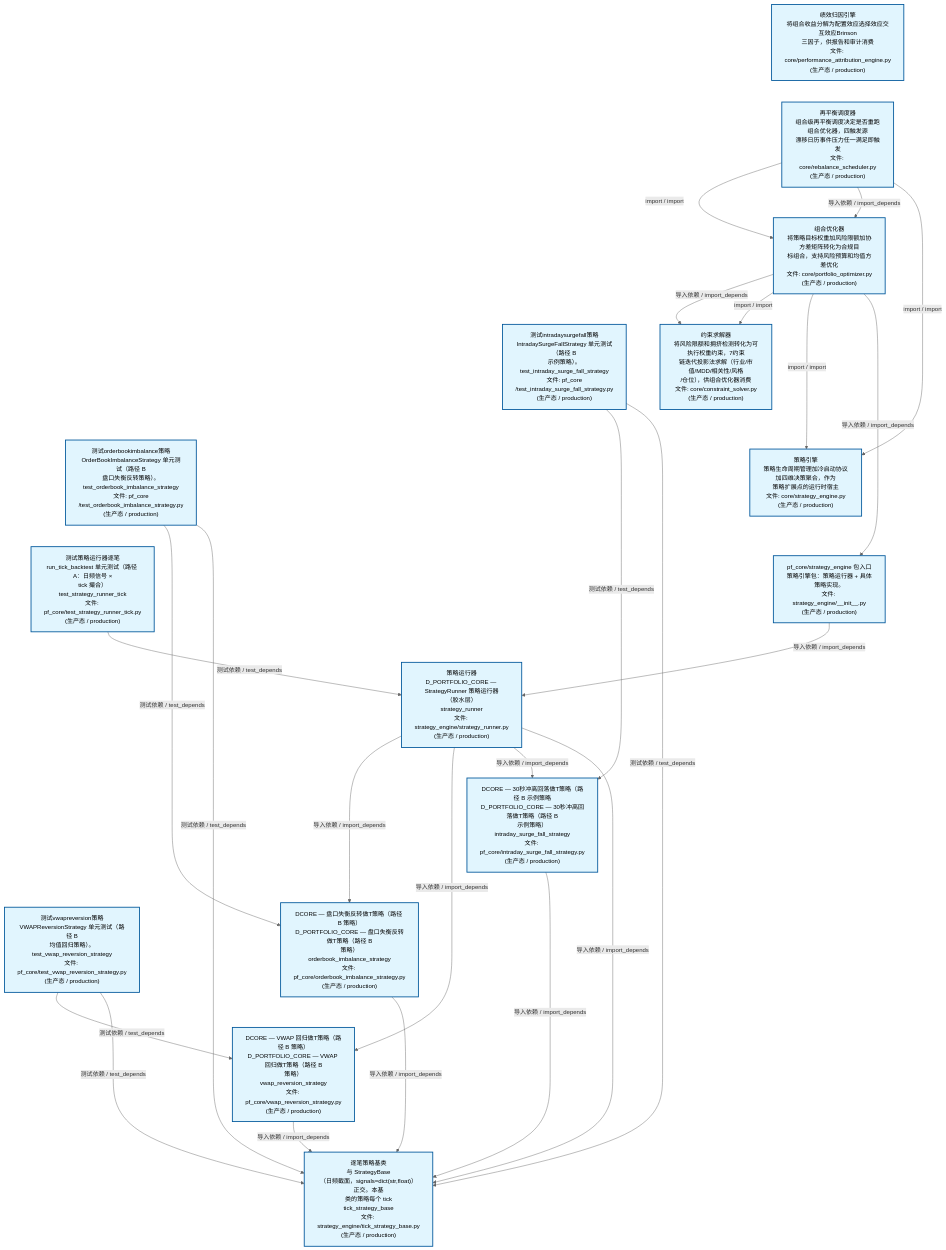
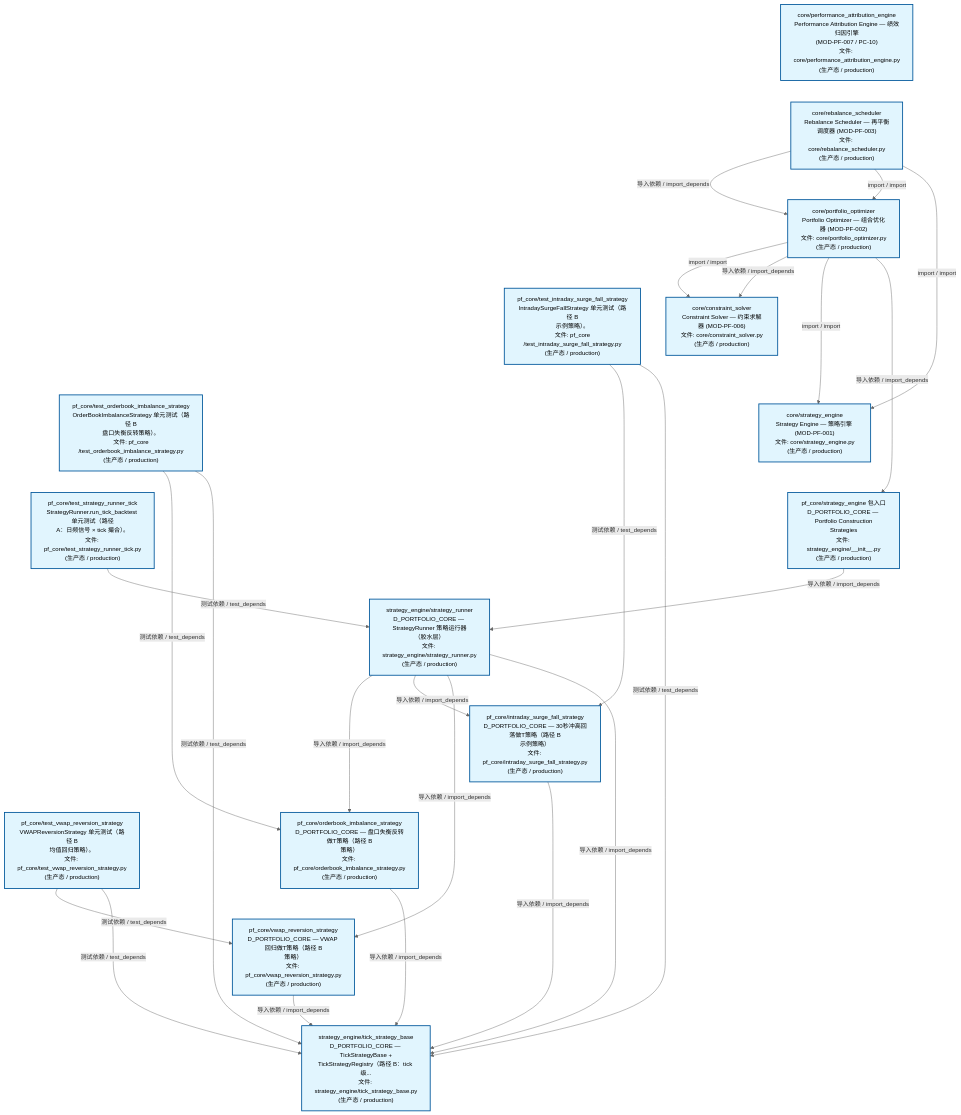
The second of 4 diagrams in docs/02_enterprise_architecture/02_domain_architecture_docs/63_d_pf_core.md (xuanFelixVan/ZephyrAlpha), drawn with Mermaid before and after one commit. The commit also changed other lines of this file and 50 other files, not shown here.

````diff
--- a/docs/02_enterprise_architecture/02_domain_architecture_docs/63_d_pf_core.md
+++ b/docs/02_enterprise_architecture/02_domain_architecture_docs/63_d_pf_core.md
@@ -139,55 +139,55 @@
 ```mermaid
 %%{init: {'theme': 'base', 'themeVariables': {'primaryColor': '#eaeaea', 'primaryTextColor': '#333333', 'primaryBorderColor': '#666666', 'lineColor': '#666666', 'secondaryColor': '#eaeaea', 'tertiaryColor': '#eaeaea', 'fontSize': '14px'}}}%%
 flowchart TD
-    src_zephyr_pf_core_core_performance_attribution_engine_py["绩效归因引擎<br/>将组合收益分解为配置效应选择效应交互效应Brinson<br/>三因子，供报告和审计消费<br/>文件: core/performance_attribution_engine.py<br/>(生产态 / production)"]
-    src_zephyr_pf_core_core_rebalance_scheduler_py["再平衡调度器<br/>组合级再平衡调度决定是否重跑组合优化器，四触发源<br/>漂移日历事件压力任一满足即触发<br/>文件: core/rebalance_scheduler.py<br/>(生产态 / production)"]
-    tests_pf_core_test_intraday_surge_fall_strategy_py["测试intradaysurgefall策略<br/>IntradaySurgeFallStrategy 单元测试（路径 B<br/>示例策略）。<br/>test_intraday_surge_fall_strategy<br/>文件: pf_core<br/>/test_intraday_surge_fall_strategy.py<br/>(生产态 / production)"]
-    tests_pf_core_test_orderbook_imbalance_strategy_py["测试orderbookimbalance策略<br/>OrderBookImbalanceStrategy 单元测试（路径 B<br/>盘口失衡反转策略）。<br/>test_orderbook_imbalance_strategy<br/>文件: pf_core<br/>/test_orderbook_imbalance_strategy.py<br/>(生产态 / production)"]
-    tests_pf_core_test_strategy_runner_tick_py["测试策略运行器逐笔<br/>run_tick_backtest 单元测试（路径 A：日频信号 ×<br/>tick 撮合）<br/>test_strategy_runner_tick<br/>文件: pf_core/test_strategy_runner_tick.py<br/>(生产态 / production)"]
-    tests_pf_core_test_vwap_reversion_strategy_py["测试vwapreversion策略<br/>VWAPReversionStrategy 单元测试（路径 B<br/>均值回归策略）。<br/>test_vwap_reversion_strategy<br/>文件: pf_core/test_vwap_reversion_strategy.py<br/>(生产态 / production)"]
+    src_zephyr_pf_core_core_performance_attribution_engine_py["core/performance_attribution_engine<br/>Performance Attribution Engine — 绩效归因引擎<br/>(MOD-PF-007 / PC-10)<br/>文件: core/performance_attribution_engine.py<br/>(生产态 / production)"]
+    src_zephyr_pf_core_core_rebalance_scheduler_py["core/rebalance_scheduler<br/>Rebalance Scheduler — 再平衡调度器 (MOD-PF-003)<br/>文件: core/rebalance_scheduler.py<br/>(生产态 / production)"]
+    tests_pf_core_test_intraday_surge_fall_strategy_py["pf_core/test_intraday_surge_fall_strategy<br/>IntradaySurgeFallStrategy 单元测试（路径 B<br/>示例策略）。<br/>文件: pf_core<br/>/test_intraday_surge_fall_strategy.py<br/>(生产态 / production)"]
+    tests_pf_core_test_orderbook_imbalance_strategy_py["pf_core/test_orderbook_imbalance_strategy<br/>OrderBookImbalanceStrategy 单元测试（路径 B<br/>盘口失衡反转策略）。<br/>文件: pf_core<br/>/test_orderbook_imbalance_strategy.py<br/>(生产态 / production)"]
+    tests_pf_core_test_strategy_runner_tick_py["pf_core/test_strategy_runner_tick<br/>StrategyRunner.run_tick_backtest 单元测试（路径<br/>A：日频信号 × tick 撮合）。<br/>文件: pf_core/test_strategy_runner_tick.py<br/>(生产态 / production)"]
+    tests_pf_core_test_vwap_reversion_strategy_py["pf_core/test_vwap_reversion_strategy<br/>VWAPReversionStrategy 单元测试（路径 B<br/>均值回归策略）。<br/>文件: pf_core/test_vwap_reversion_strategy.py<br/>(生产态 / production)"]
     src_zephyr_pf_core_core_performance_attribution_engine_py ~~~ src_zephyr_pf_core_core_rebalance_scheduler_py
     src_zephyr_pf_core_core_rebalance_scheduler_py ~~~ tests_pf_core_test_intraday_surge_fall_strategy_py
     tests_pf_core_test_intraday_surge_fall_strategy_py ~~~ tests_pf_core_test_orderbook_imbalance_strategy_py
     tests_pf_core_test_orderbook_imbalance_strategy_py ~~~ tests_pf_core_test_strategy_runner_tick_py
     tests_pf_core_test_strategy_runner_tick_py ~~~ tests_pf_core_test_vwap_reversion_strategy_py
-    src_zephyr_pf_core_core_portfolio_optimizer_py["组合优化器<br/>将策略目标权重加风险限额加协方差矩阵转化为合规目<br/>标组合，支持风险预算和均值方差优化<br/>文件: core/portfolio_optimizer.py<br/>(生产态 / production)"]
-    src_zephyr_pf_core_core_constraint_solver_py["约束求解器<br/>将风险限额和拥挤检测转化为可执行权重约束，7约束<br/>链迭代投影法求解（行业/市值/MDD/相关性/风格<br/>/仓位），供组合优化器消费<br/>文件: core/constraint_solver.py<br/>(生产态 / production)"]
-    src_zephyr_pf_core_core_strategy_engine_py["策略引擎<br/>策略生命周期管理加冷启动协议加四维决策聚合，作为<br/>策略扩展点的运行时宿主<br/>文件: core/strategy_engine.py<br/>(生产态 / production)"]
-    src_zephyr_pf_core_strategy_engine_init_py["pf_core/strategy_engine 包入口<br/>策略引擎包：策略运行器 + 具体策略实现。<br/>文件: strategy_engine/__init__.py<br/>(生产态 / production)"]
+    src_zephyr_pf_core_core_portfolio_optimizer_py["core/portfolio_optimizer<br/>Portfolio Optimizer — 组合优化器 (MOD-PF-002)<br/>文件: core/portfolio_optimizer.py<br/>(生产态 / production)"]
+    src_zephyr_pf_core_core_constraint_solver_py["core/constraint_solver<br/>Constraint Solver — 约束求解器 (MOD-PF-006)<br/>文件: core/constraint_solver.py<br/>(生产态 / production)"]
+    src_zephyr_pf_core_core_strategy_engine_py["core/strategy_engine<br/>Strategy Engine — 策略引擎 (MOD-PF-001)<br/>文件: core/strategy_engine.py<br/>(生产态 / production)"]
+    src_zephyr_pf_core_strategy_engine_init_py["pf_core/strategy_engine 包入口<br/>D_PORTFOLIO_CORE — Portfolio Construction<br/>Strategies<br/>文件: strategy_engine/__init__.py<br/>(生产态 / production)"]
     src_zephyr_pf_core_core_constraint_solver_py ~~~ src_zephyr_pf_core_core_strategy_engine_py
     src_zephyr_pf_core_core_strategy_engine_py ~~~ src_zephyr_pf_core_strategy_engine_init_py
-    src_zephyr_pf_core_strategy_engine_strategy_runner_py["策略运行器<br/>D_PORTFOLIO_CORE — StrategyRunner 策略运行器<br/>（胶水层）<br/>strategy_runner<br/>文件: strategy_engine/strategy_runner.py<br/>(生产态 / production)"]
-    src_zephyr_pf_core_intraday_surge_fall_strategy_py["DCORE — 30秒冲高回落做T策略（路径 B 示例策略<br/>D_PORTFOLIO_CORE — 30秒冲高回落做T策略（路径 B<br/>示例策略）<br/>intraday_surge_fall_strategy<br/>文件: pf_core/intraday_surge_fall_strategy.py<br/>(生产态 / production)"]
-    src_zephyr_pf_core_orderbook_imbalance_strategy_py["DCORE — 盘口失衡反转做T策略（路径 B 策略）<br/>D_PORTFOLIO_CORE — 盘口失衡反转做T策略（路径 B<br/>策略）<br/>orderbook_imbalance_strategy<br/>文件: pf_core/orderbook_imbalance_strategy.py<br/>(生产态 / production)"]
-    src_zephyr_pf_core_vwap_reversion_strategy_py["DCORE — VWAP 回归做T策略（路径 B 策略）<br/>D_PORTFOLIO_CORE — VWAP 回归做T策略（路径 B<br/>策略）<br/>vwap_reversion_strategy<br/>文件: pf_core/vwap_reversion_strategy.py<br/>(生产态 / production)"]
+    src_zephyr_pf_core_strategy_engine_strategy_runner_py["strategy_engine/strategy_runner<br/>D_PORTFOLIO_CORE — StrategyRunner 策略运行器<br/>（胶水层）<br/>文件: strategy_engine/strategy_runner.py<br/>(生产态 / production)"]
+    src_zephyr_pf_core_intraday_surge_fall_strategy_py["pf_core/intraday_surge_fall_strategy<br/>D_PORTFOLIO_CORE — 30秒冲高回落做T策略（路径 B<br/>示例策略）<br/>文件: pf_core/intraday_surge_fall_strategy.py<br/>(生产态 / production)"]
+    src_zephyr_pf_core_orderbook_imbalance_strategy_py["pf_core/orderbook_imbalance_strategy<br/>D_PORTFOLIO_CORE — 盘口失衡反转做T策略（路径 B<br/>策略）<br/>文件: pf_core/orderbook_imbalance_strategy.py<br/>(生产态 / production)"]
+    src_zephyr_pf_core_vwap_reversion_strategy_py["pf_core/vwap_reversion_strategy<br/>D_PORTFOLIO_CORE — VWAP 回归做T策略（路径 B<br/>策略）<br/>文件: pf_core/vwap_reversion_strategy.py<br/>(生产态 / production)"]
     src_zephyr_pf_core_intraday_surge_fall_strategy_py ~~~ src_zephyr_pf_core_orderbook_imbalance_strategy_py
     src_zephyr_pf_core_orderbook_imbalance_strategy_py ~~~ src_zephyr_pf_core_vwap_reversion_strategy_py
-    src_zephyr_pf_core_strategy_engine_tick_strategy_base_py["逐笔策略基类<br/>与 StrategyBase<br/>（日频截面，signals=dict(str,float)）正交。本基<br/>类的策略每个 tick<br/>tick_strategy_base<br/>文件: strategy_engine/tick_strategy_base.py<br/>(生产态 / production)"]
+    src_zephyr_pf_core_strategy_engine_tick_strategy_base_py["strategy_engine/tick_strategy_base<br/>D_PORTFOLIO_CORE — TickStrategyBase +<br/>TickStrategyRegistry（路径 B：tick 级...<br/>文件: strategy_engine/tick_strategy_base.py<br/>(生产态 / production)"]
     src_zephyr_pf_core_orderbook_imbalance_strategy_py -->|导入依赖 / import_depends| src_zephyr_pf_core_strategy_engine_tick_strategy_base_py
+    src_zephyr_pf_core_intraday_surge_fall_strategy_py -->|导入依赖 / import_depends| src_zephyr_pf_core_strategy_engine_tick_strategy_base_py
     src_zephyr_pf_core_vwap_reversion_strategy_py -->|导入依赖 / import_depends| src_zephyr_pf_core_strategy_engine_tick_strategy_base_py
-    src_zephyr_pf_core_intraday_surge_fall_strategy_py -->|导入依赖 / import_depends| src_zephyr_pf_core_strategy_engine_tick_strategy_base_py
+    src_zephyr_pf_core_core_rebalance_scheduler_py -->|导入依赖 / import_depends| src_zephyr_pf_core_core_portfolio_optimizer_py
+    src_zephyr_pf_core_core_rebalance_scheduler_py -->|import / import| src_zephyr_pf_core_core_portfolio_optimizer_py
+    src_zephyr_pf_core_core_rebalance_scheduler_py -->|import / import| src_zephyr_pf_core_core_strategy_engine_py
+    src_zephyr_pf_core_core_portfolio_optimizer_py -->|import / import| src_zephyr_pf_core_core_constraint_solver_py
     src_zephyr_pf_core_core_portfolio_optimizer_py -->|导入依赖 / import_depends| src_zephyr_pf_core_core_constraint_solver_py
-    src_zephyr_pf_core_core_portfolio_optimizer_py -->|import / import| src_zephyr_pf_core_core_constraint_solver_py
     src_zephyr_pf_core_core_portfolio_optimizer_py -->|import / import| src_zephyr_pf_core_core_strategy_engine_py
     src_zephyr_pf_core_core_portfolio_optimizer_py -->|导入依赖 / import_depends| src_zephyr_pf_core_strategy_engine_init_py
-    src_zephyr_pf_core_core_rebalance_scheduler_py -->|import / import| src_zephyr_pf_core_core_portfolio_optimizer_py
-    src_zephyr_pf_core_core_rebalance_scheduler_py -->|导入依赖 / import_depends| src_zephyr_pf_core_core_portfolio_optimizer_py
-    src_zephyr_pf_core_core_rebalance_scheduler_py -->|import / import| src_zephyr_pf_core_core_strategy_engine_py
     src_zephyr_pf_core_strategy_engine_init_py -->|导入依赖 / import_depends| src_zephyr_pf_core_strategy_engine_strategy_runner_py
     src_zephyr_pf_core_strategy_engine_strategy_runner_py -->|导入依赖 / import_depends| src_zephyr_pf_core_orderbook_imbalance_strategy_py
+    src_zephyr_pf_core_strategy_engine_strategy_runner_py -->|导入依赖 / import_depends| src_zephyr_pf_core_intraday_surge_fall_strategy_py
     src_zephyr_pf_core_strategy_engine_strategy_runner_py -->|导入依赖 / import_depends| src_zephyr_pf_core_vwap_reversion_strategy_py
-    src_zephyr_pf_core_strategy_engine_strategy_runner_py -->|导入依赖 / import_depends| src_zephyr_pf_core_intraday_surge_fall_strategy_py
     src_zephyr_pf_core_strategy_engine_strategy_runner_py -->|导入依赖 / import_depends| src_zephyr_pf_core_strategy_engine_tick_strategy_base_py
+    tests_pf_core_test_intraday_surge_fall_strategy_py -->|测试依赖 / test_depends| src_zephyr_pf_core_intraday_surge_fall_strategy_py
+    tests_pf_core_test_intraday_surge_fall_strategy_py -->|测试依赖 / test_depends| src_zephyr_pf_core_strategy_engine_tick_strategy_base_py
     tests_pf_core_test_orderbook_imbalance_strategy_py -->|测试依赖 / test_depends| src_zephyr_pf_core_orderbook_imbalance_strategy_py
     tests_pf_core_test_orderbook_imbalance_strategy_py -->|测试依赖 / test_depends| src_zephyr_pf_core_strategy_engine_tick_strategy_base_py
-    tests_pf_core_test_intraday_surge_fall_strategy_py -->|测试依赖 / test_depends| src_zephyr_pf_core_intraday_surge_fall_strategy_py
-    tests_pf_core_test_intraday_surge_fall_strategy_py -->|测试依赖 / test_depends| src_zephyr_pf_core_strategy_engine_tick_strategy_base_py
-    tests_pf_core_test_strategy_runner_tick_py -->|测试依赖 / test_depends| src_zephyr_pf_core_strategy_engine_strategy_runner_py
     tests_pf_core_test_vwap_reversion_strategy_py -->|测试依赖 / test_depends| src_zephyr_pf_core_vwap_reversion_strategy_py
     tests_pf_core_test_vwap_reversion_strategy_py -->|测试依赖 / test_depends| src_zephyr_pf_core_strategy_engine_tick_strategy_base_py
+    tests_pf_core_test_strategy_runner_tick_py -->|测试依赖 / test_depends| src_zephyr_pf_core_strategy_engine_strategy_runner_py
     classDef production fill:#e1f5fe,stroke:#01579b,stroke-width:2px,color:#000
     classDef design fill:#fff3e0,stroke:#e65100,stroke-width:2px,color:#000,stroke-dasharray: 5 5
     classDef external_prod fill:#e8f4fd,stroke:#0277bd,stroke-width:1px,color:#000
     classDef external_design fill:#fff8e7,stroke:#ef6c00,stroke-width:1px,color:#000,stroke-dasharray: 5 5
     class src_zephyr_pf_core_core_constraint_solver_py,src_zephyr_pf_core_core_performance_attribution_engine_py,src_zephyr_pf_core_core_portfolio_optimizer_py,src_zephyr_pf_core_core_rebalance_scheduler_py,src_zephyr_pf_core_core_strategy_engine_py,src_zephyr_pf_core_intraday_surge_fall_strategy_py,src_zephyr_pf_core_orderbook_imbalance_strategy_py,src_zephyr_pf_core_strategy_engine_init_py,src_zephyr_pf_core_strategy_engine_strategy_runner_py,src_zephyr_pf_core_strategy_engine_tick_strategy_base_py,src_zephyr_pf_core_vwap_reversion_strategy_py,tests_pf_core_test_intraday_surge_fall_strategy_py,tests_pf_core_test_orderbook_imbalance_strategy_py,tests_pf_core_test_strategy_runner_tick_py,tests_pf_core_test_vwap_reversion_strategy_py production
 ```
````
